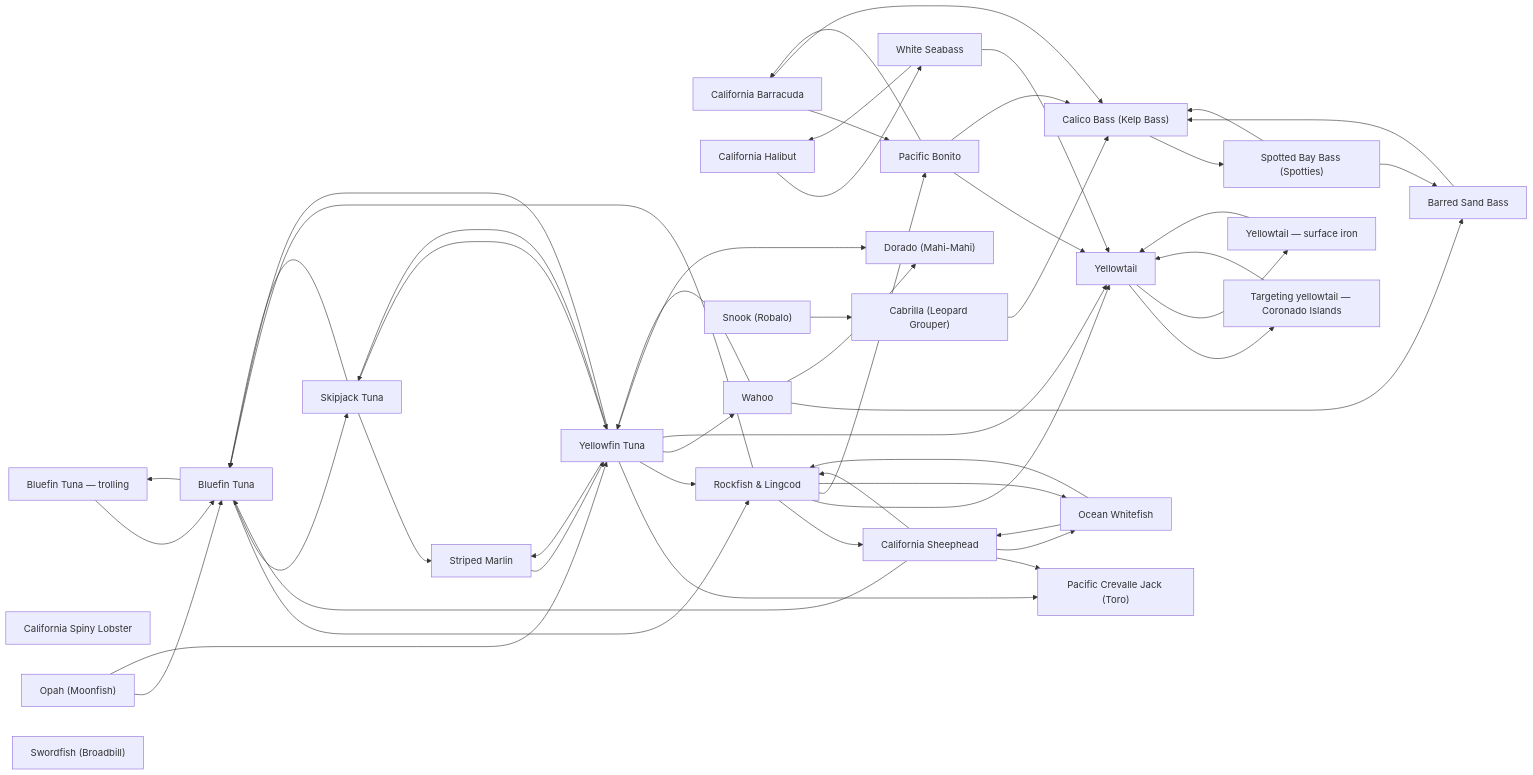
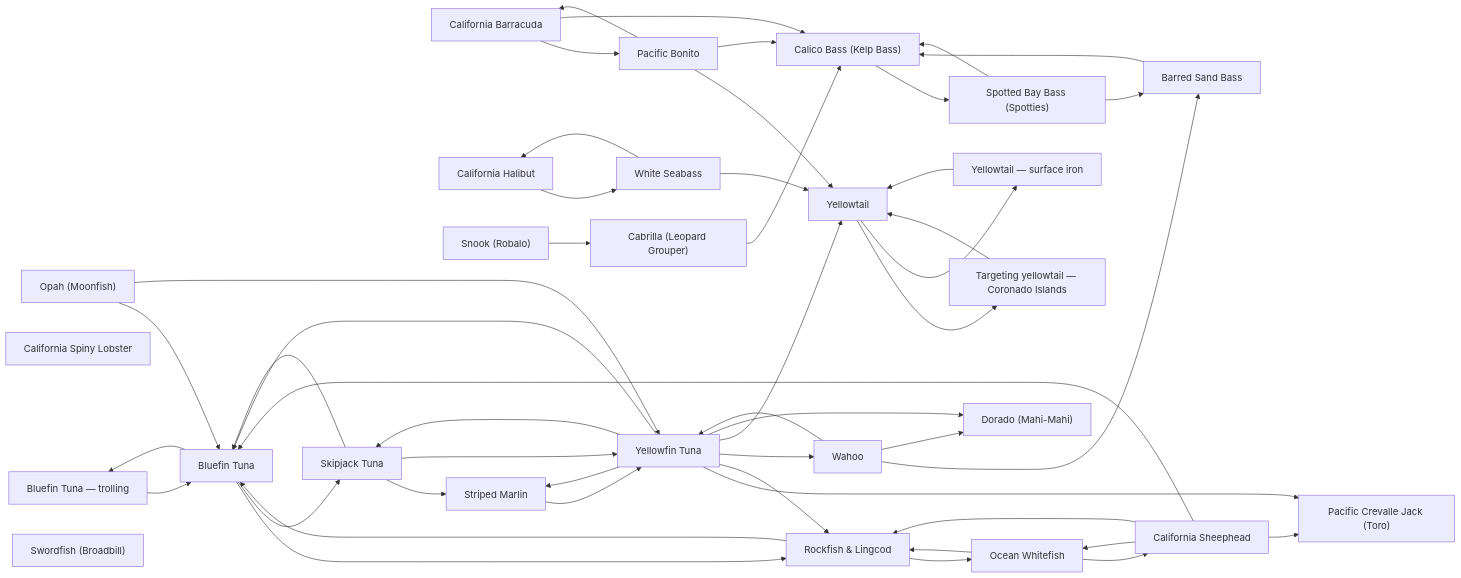
One commit to camchuckpete-max/Socal-Fishing-Knowledge changed the diagram in species/README.md. Above: the diagram before and after it, drawn with Mermaid. The commit also changed other lines of this file and 28 other files, not shown here.

````diff
--- a/species/README.md
+++ b/species/README.md
@@ -42,79 +42,76 @@
 ```mermaid
 graph LR
   n0["California Barracuda"]
   n1["Bluefin Tuna — trolling"]
   n2["Bluefin Tuna"]
   n3["Pacific Bonito"]
   n4["Cabrilla (Leopard Grouper)"]
   n5["Calico Bass (Kelp Bass)"]
   n6["California Halibut"]
   n7["California Spiny Lobster"]
   n8["Dorado (Mahi-Mahi)"]
   n9["Ocean Whitefish"]
   n10["Opah (Moonfish)"]
   n11["Pacific Crevalle Jack (Toro)"]
   n12["Rockfish & Lingcod"]
   n13["Barred Sand Bass"]
   n14["California Sheephead"]
   n15["Skipjack Tuna"]
   n16["Snook (Robalo)"]
   n17["Spotted Bay Bass (Spotties)"]
   n18["Striped Marlin"]
   n19["Swordfish (Broadbill)"]
   n20["Wahoo"]
   n21["White Seabass"]
   n22["Yellowfin Tuna"]
   n23["Targeting yellowtail — Coronado Islands"]
   n24["Yellowtail — surface iron"]
   n25["Yellowtail"]
   n0 --> n3
   n0 --> n5
   n1 --> n2
   n10 --> n2
   n10 --> n22
-  n12 --> n14
   n12 --> n2
-  n12 --> n25
-  n12 --> n3
   n12 --> n9
   n13 --> n5
   n14 --> n11
   n14 --> n12
   n14 --> n2
   n14 --> n9
   n15 --> n18
   n15 --> n2
   n15 --> n22
   n16 --> n4
   n17 --> n13
   n17 --> n5
   n18 --> n22
   n2 --> n1
   n2 --> n12
   n2 --> n15
   n20 --> n13
   n20 --> n22
   n20 --> n8
   n21 --> n25
   n21 --> n6
   n22 --> n11
   n22 --> n12
   n22 --> n15
   n22 --> n18
   n22 --> n2
   n22 --> n20
   n22 --> n25
   n22 --> n8
   n23 --> n25
   n24 --> n25
   n25 --> n23
   n25 --> n24
   n3 --> n0
   n3 --> n25
   n3 --> n5
   n4 --> n5
   n5 --> n17
   n6 --> n21
   n9 --> n12
   n9 --> n14
 ```
````
